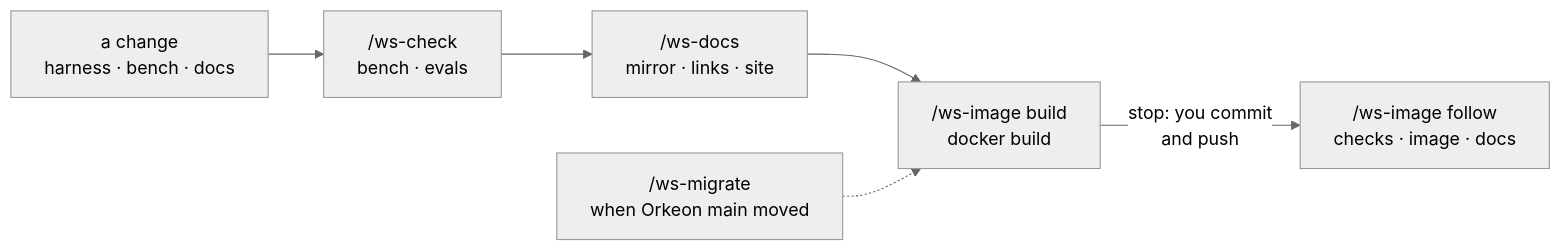
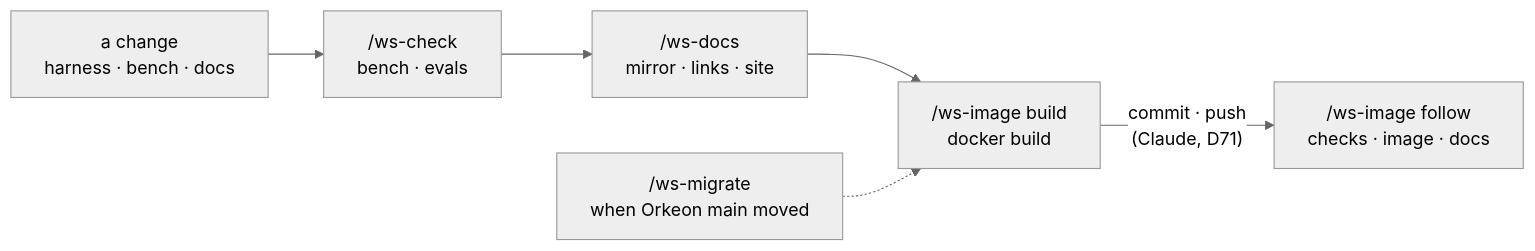
Before and after one commit to Orkeon/orkeon-workshop: the diagram in docs/workflows/maintain-the-workshop.md, drawn with Mermaid (neutral theme). The commit also changed other lines of this file and 168 other files, not shown here.

First line of the commit message:
Lot 14: batches in independent agents (D70), commit and push by the harness (D71), and the workshop migrated to Orkeon main ad6dc63

````diff
--- a/docs/workflows/maintain-the-workshop.md
+++ b/docs/workflows/maintain-the-workshop.md
@@ -19,8 +19,8 @@
 ```mermaid
 flowchart LR
     c["a change<br/>harness · bench · docs"] --> k["/ws-check<br/>bench · evals"]
     k --> d["/ws-docs<br/>mirror · links · site"]
     d --> b["/ws-image build<br/>docker build"]
-    b -->|"stop: you commit<br/>and push"| f["/ws-image follow<br/>checks · image · docs"]
+    b -->|"commit · push<br/>(Claude, D71)"| f["/ws-image follow<br/>checks · image · docs"]
     m["/ws-migrate<br/>when Orkeon main moved"] -.-> b
 ```
````
